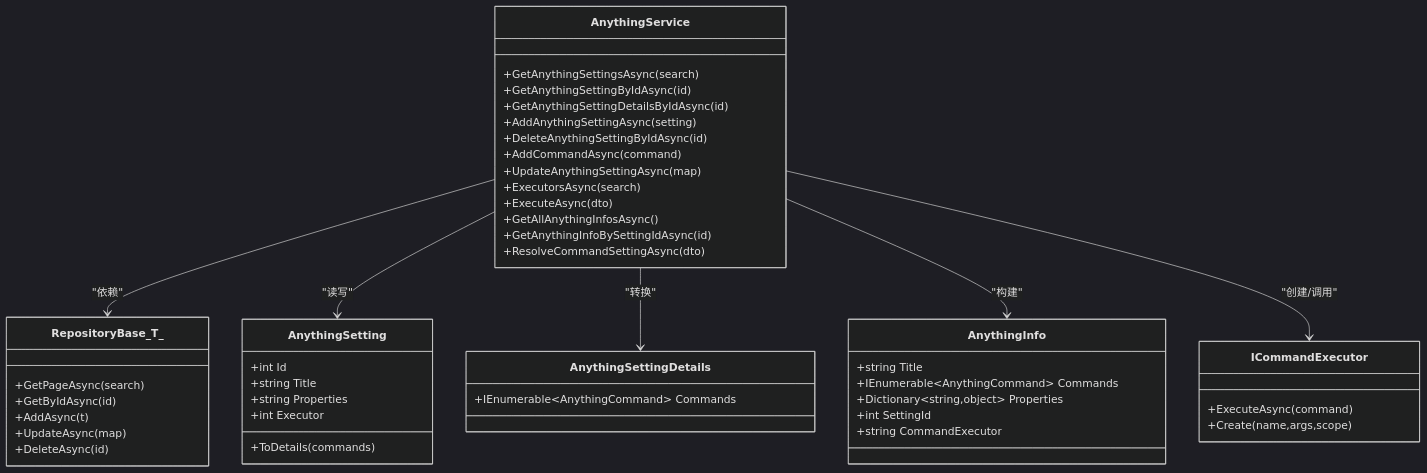
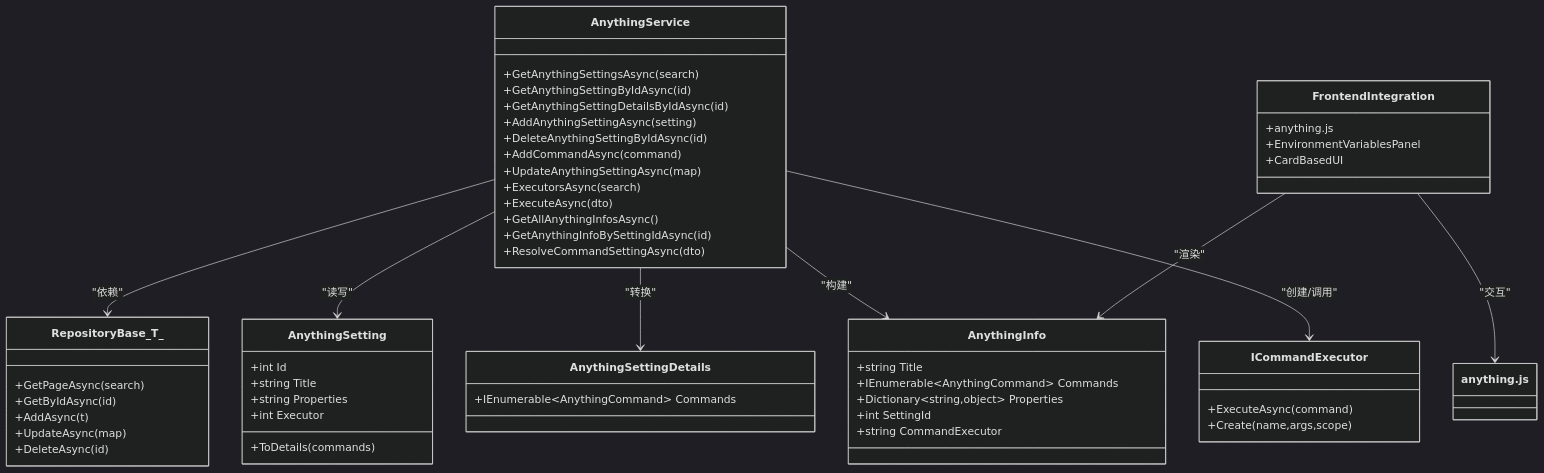
One commit to Sosososolong/AirGo changed the second of 7 diagrams in .qoder/repowiki/zh/content/远程主机管理模块/AnythingService 核心功能.md. Above: the diagram before and after it, drawn with Mermaid (dark theme). The commit also changed other lines of this file and 22 other files, not shown here.

````diff
--- a/.qoder/repowiki/zh/content/远程主机管理模块/AnythingService 核心功能.md
+++ b/.qoder/repowiki/zh/content/远程主机管理模块/AnythingService 核心功能.md
@@ -114,50 +130,57 @@
 ```mermaid
 classDiagram
 class AnythingService {
 +GetAnythingSettingsAsync(search)
 +GetAnythingSettingByIdAsync(id)
 +GetAnythingSettingDetailsByIdAsync(id)
 +AddAnythingSettingAsync(setting)
 +DeleteAnythingSettingByIdAsync(id)
 +AddCommandAsync(command)
 +UpdateAnythingSettingAsync(map)
 +ExecutorsAsync(search)
 +ExecuteAsync(dto)
 +GetAllAnythingInfosAsync()
 +GetAnythingInfoBySettingIdAsync(id)
 +ResolveCommandSettingAsync(dto)
 }
 class AnythingSetting {
 +int Id
 +string Title
 +string Properties
 +int Executor
 +ToDetails(commands)
 }
 class AnythingSettingDetails {
 +IEnumerable~AnythingCommand~ Commands
 }
 class AnythingInfo {
 +string Title
 +IEnumerable~AnythingCommand~ Commands
 +Dictionary~string,object~ Properties
 +int SettingId
 +string CommandExecutor
 }
 class RepositoryBase_T_ {
 +GetPageAsync(search)
 +GetByIdAsync(id)
 +AddAsync(t)
 +UpdateAsync(map)
 +DeleteAsync(id)
 }
 class ICommandExecutor {
 +ExecuteAsync(command)
 +Create(name,args,scope)
 }
+class FrontendIntegration {
++anything.js
++EnvironmentVariablesPanel
++CardBasedUI
+}
 AnythingService --> RepositoryBase_T_ : "依赖"
 AnythingService --> AnythingSetting : "读写"
 AnythingService --> AnythingSettingDetails : "转换"
 AnythingService --> AnythingInfo : "构建"
 AnythingService --> ICommandExecutor : "创建/调用"
+FrontendIntegration --> AnythingInfo : "渲染"
+FrontendIntegration --> anything.js : "交互"
 ```
````
